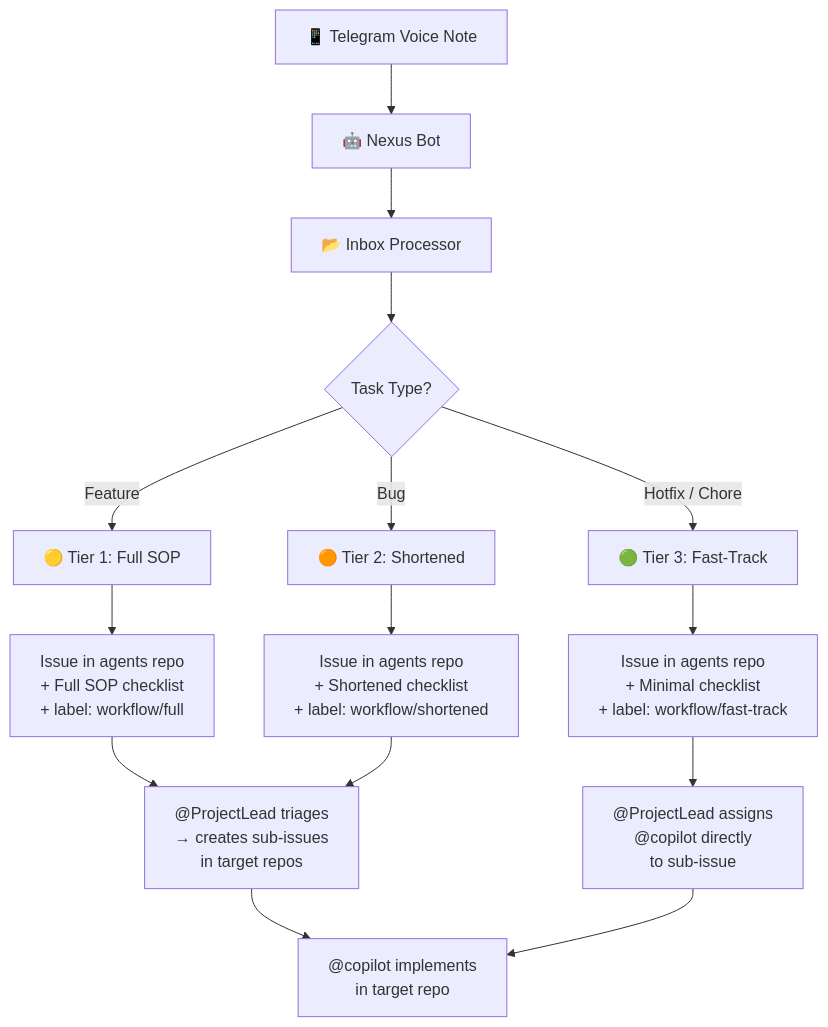
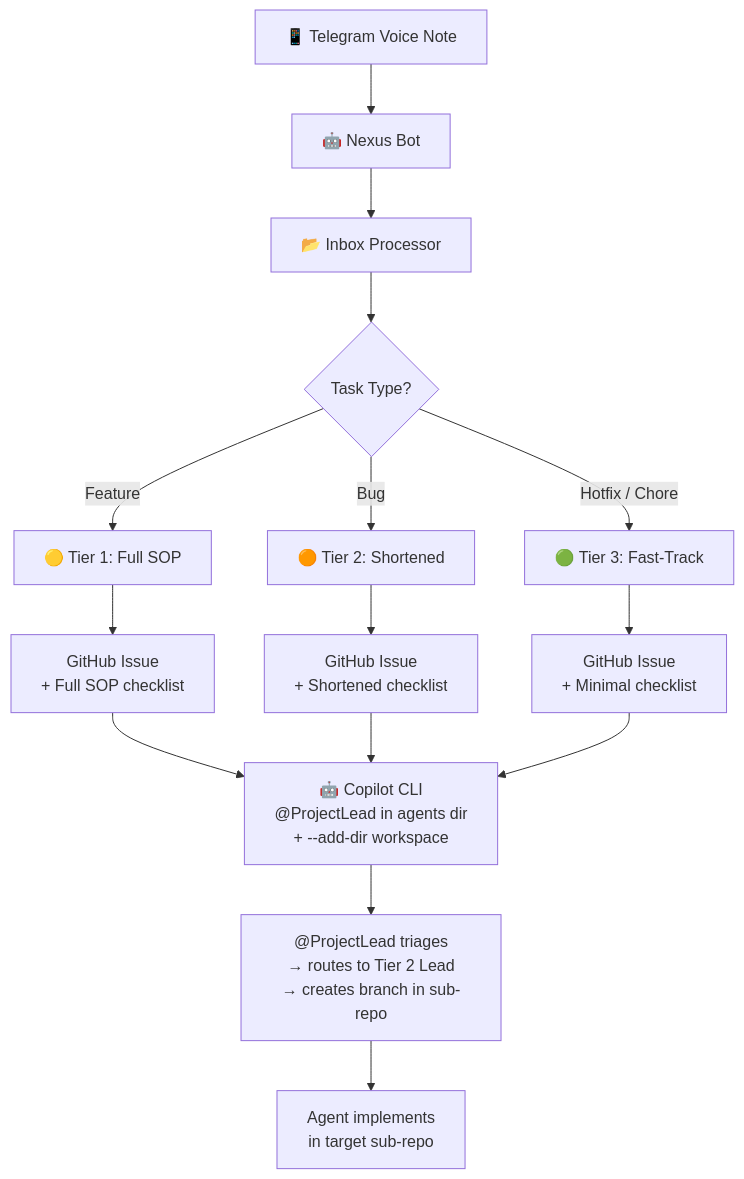
The diagram in README.md (Ghabs95/nexus), drawn with Mermaid before and after one commit. The commit also changed other lines of this file and 2 other files, not shown here.

````diff
--- a/README.md
+++ b/README.md
@@ -171,21 +171,21 @@
 ```mermaid
 flowchart TD
     A["📱 Telegram Voice Note"] --> B["🤖 Nexus Bot"]
     B --> C["📂 Inbox Processor"]
     C --> D{"Task Type?"}
 
     D -->|Feature| E["🟡 Tier 1: Full SOP"]
     D -->|Bug| F["🟠 Tier 2: Shortened"]
     D -->|Hotfix / Chore| G["🟢 Tier 3: Fast-Track"]
 
-    E --> H["Issue in agents repo\n+ Full SOP checklist\n+ label: workflow/full"]
-    F --> I["Issue in agents repo\n+ Shortened checklist\n+ label: workflow/shortened"]
-    G --> J["Issue in agents repo\n+ Minimal checklist\n+ label: workflow/fast-track"]
+    E --> H["GitHub Issue\n+ Full SOP checklist"]
+    F --> I["GitHub Issue\n+ Shortened checklist"]
+    G --> J["GitHub Issue\n+ Minimal checklist"]
 
-    H --> K["@ProjectLead triages\n→ creates sub-issues\nin target repos"]
+    H --> K["🤖 Copilot CLI\n@ProjectLead in agents dir\n+ --add-dir workspace"]
     I --> K
-    J --> L["@ProjectLead assigns\n@copilot directly\nto sub-issue"]
+    J --> K
 
-    K --> M["@copilot implements\nin target repo"]
-    L --> M
+    K --> L["@ProjectLead triages\n→ routes to Tier 2 Lead\n→ creates branch in sub-repo"]
+    L --> M["Agent implements\nin target sub-repo"]
 ```
````
